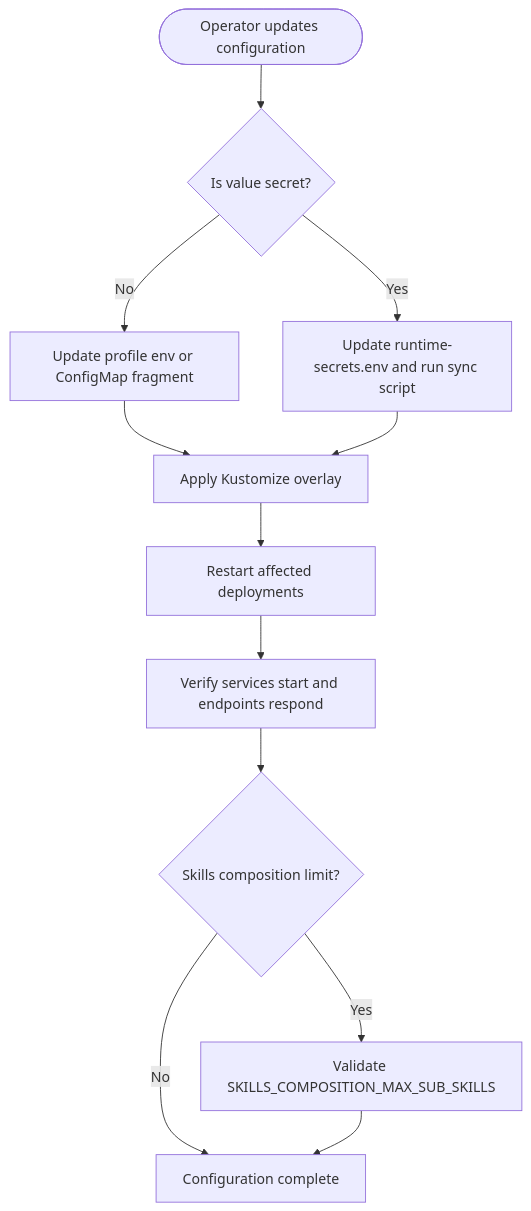
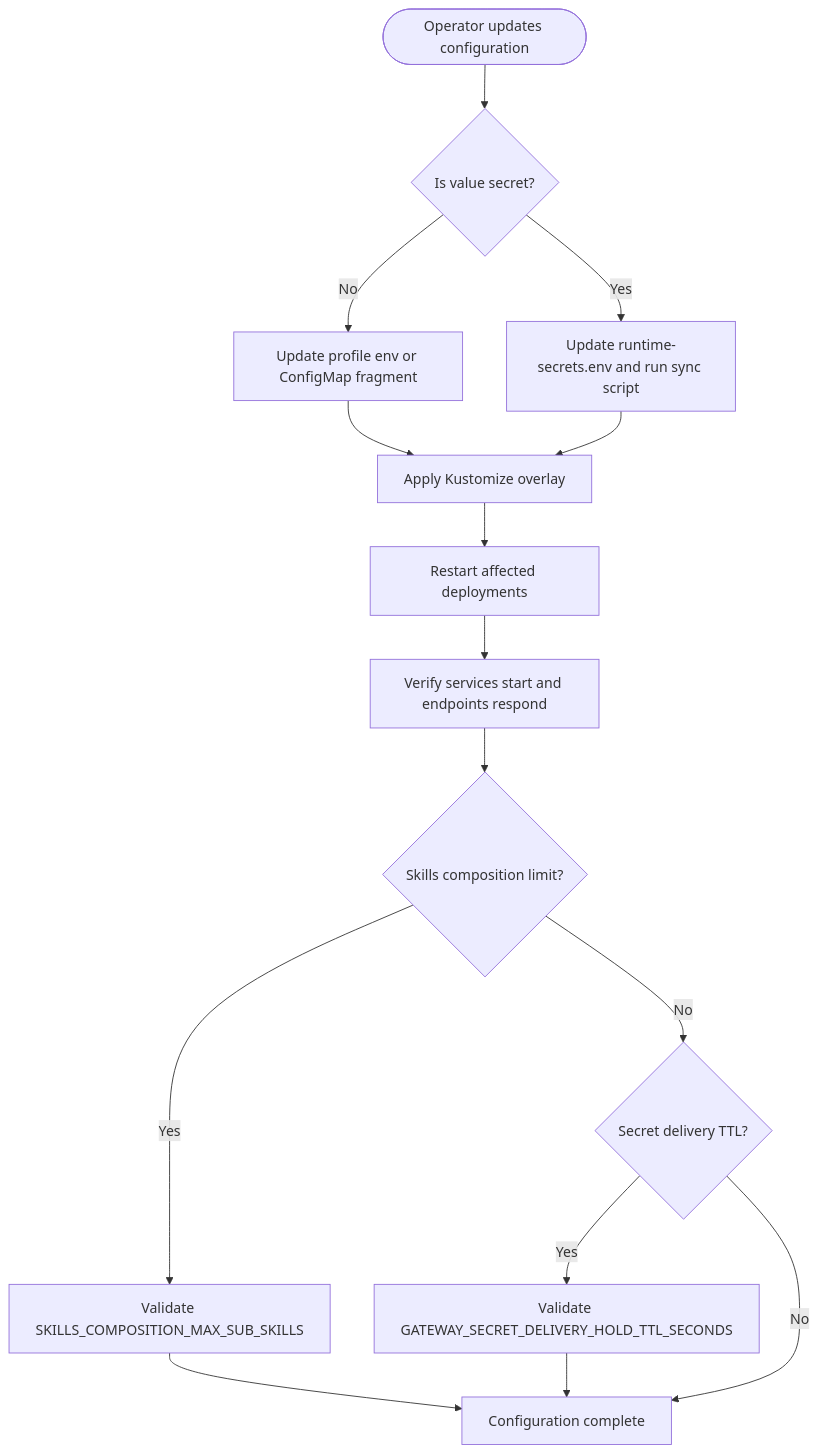
The third of 4 diagrams in .qoder/repowiki/en/content/Deployment and Operations/Configuration Management.md (metasync/luban-aiops), drawn with Mermaid before and after one commit. The commit also changed other lines of this file and 56 other files, not shown here.

First line of the commit message:
docs: refresh repowiki knowledge cache (SPEC-062 secret delivery, v0.42.0)

````diff
--- a/.qoder/repowiki/en/content/Deployment and Operations/Configuration Management.md
+++ b/.qoder/repowiki/en/content/Deployment and Operations/Configuration Management.md
@@ -494,14 +603,17 @@
 ```mermaid
 flowchart TD
 Start(["Operator updates configuration"]) --> Type{"Is value secret?"}
 Type --> |No| UpdateCM["Update profile env or ConfigMap fragment"]
 Type --> |Yes| UpdateSecret["Update runtime-secrets.env and run sync script"]
 UpdateCM --> Apply["Apply Kustomize overlay"]
 UpdateSecret --> Apply
 Apply --> Restart["Restart affected deployments"]
 Restart --> Verify["Verify services start and endpoints respond"]
 Verify --> CompositionCheck{"Skills composition limit?"}
 CompositionCheck --> |Yes| ValidateLimits["Validate SKILLS_COMPOSITION_MAX_SUB_SKILLS"]
-CompositionCheck --> |No| Complete["Configuration complete"]
+CompositionCheck --> |No| SecretDeliveryCheck{"Secret delivery TTL?"}
+SecretDeliveryCheck --> |Yes| ValidateTTL["Validate GATEWAY_SECRET_DELIVERY_HOLD_TTL_SECONDS"]
+SecretDeliveryCheck --> |No| Complete["Configuration complete"]
 ValidateLimits --> Complete
+ValidateTTL --> Complete
 ```
````
